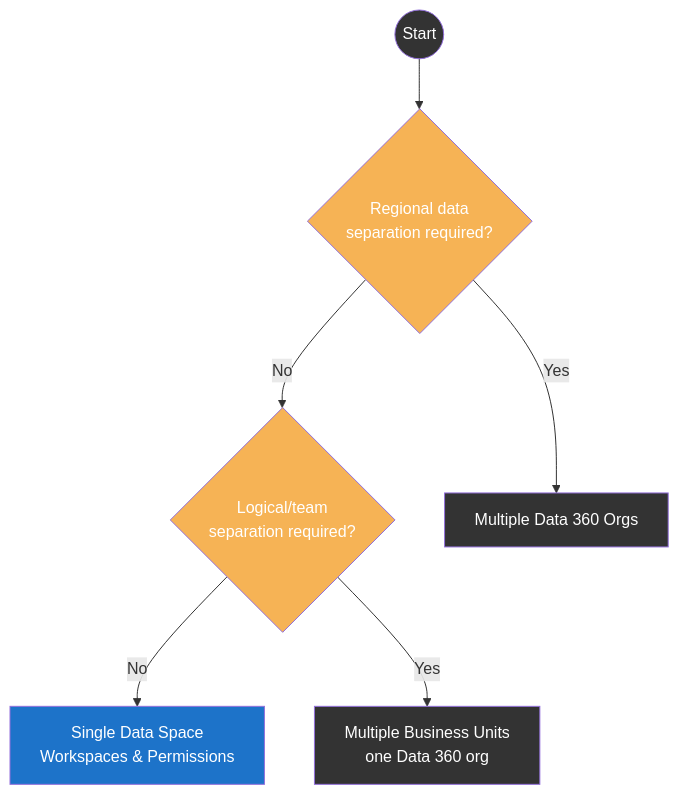
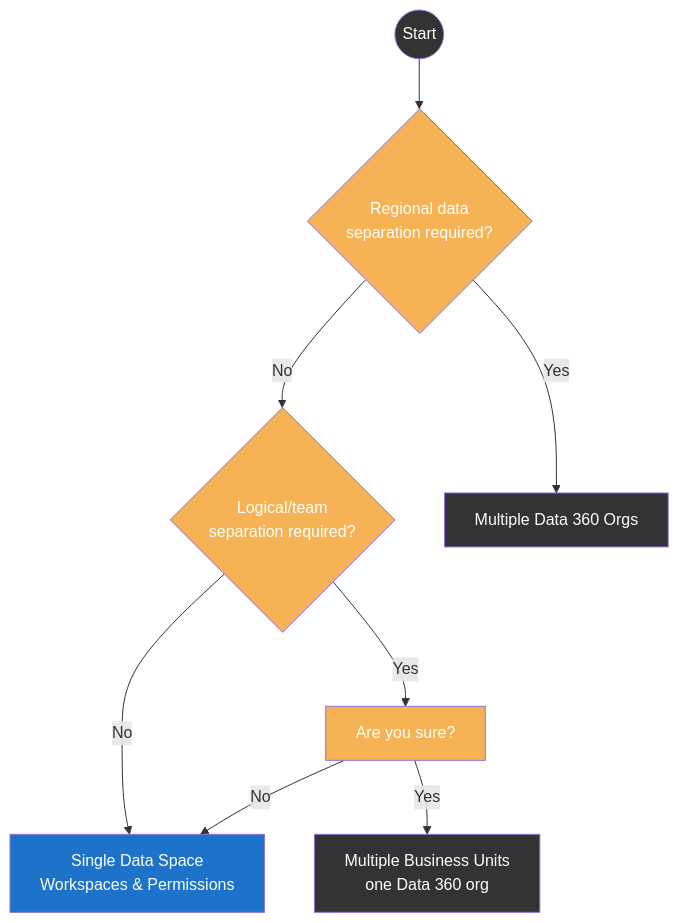
One commit to MateuszDabrowski/mateuszdabrowski.pl changed the first of 8 diagrams in docs/salesforce/marketing-cloud/config/business-units.mdx. Above: the diagram before and after it, drawn with Mermaid. The commit also changed other lines of this file and 2 other files, not shown here.

Commit message:
Release of MC Next Business Unit Architecture article

````diff
--- a/docs/salesforce/marketing-cloud/config/business-units.mdx
+++ b/docs/salesforce/marketing-cloud/config/business-units.mdx
@@ -59,19 +69,22 @@
 ```mermaid
 graph TB
     start(("Start")):::process
     q1{"Regional data<br/>separation required?"}:::check
     q2{"Logical/team<br/>separation required?"}:::check
+    sure["Are you sure?"]:::check
     single["Single Data Space<br/>Workspaces & Permissions"]:::success
     multi["Multiple Business Units<br/>one Data 360 org"]:::process
     orgs["Multiple Data 360 Orgs"]:::process
 
     start --> q1
     q1 -- No --> q2
     q1 -- Yes --> orgs
     q2 -- No --> single
-    q2 -- Yes --> multi
+    q2 -- Yes --> sure
+    sure -- No --> single
+    sure -- Yes --> multi
 
     classDef success fill:#1d73c9,color:#ffffff
     classDef check fill:#f6b355,color:#ffffff
     classDef process fill:#333333,color:#ffffff
 ```
````
